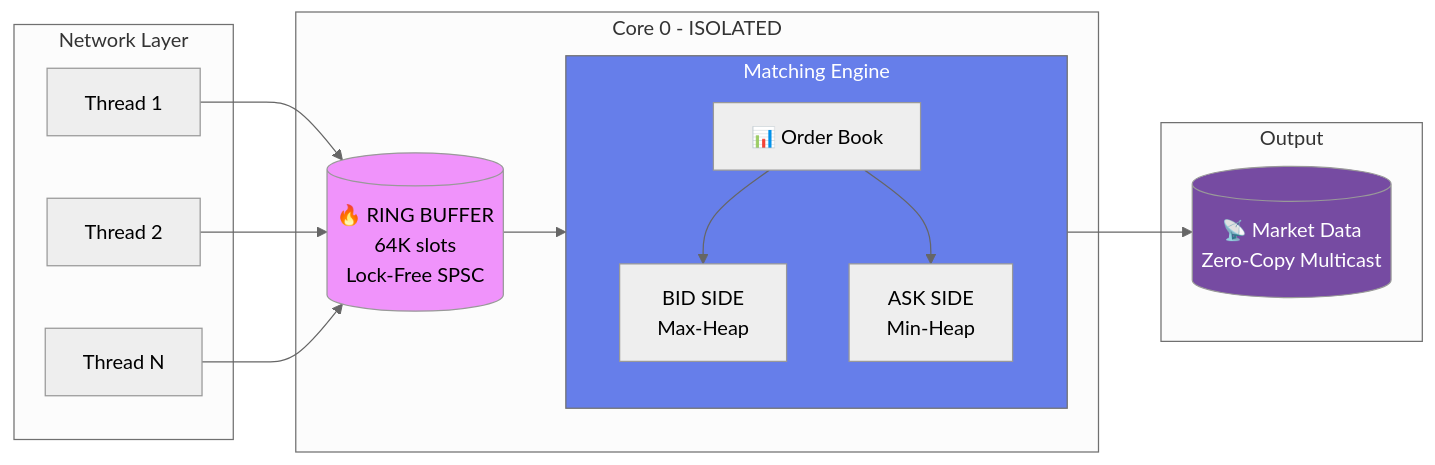
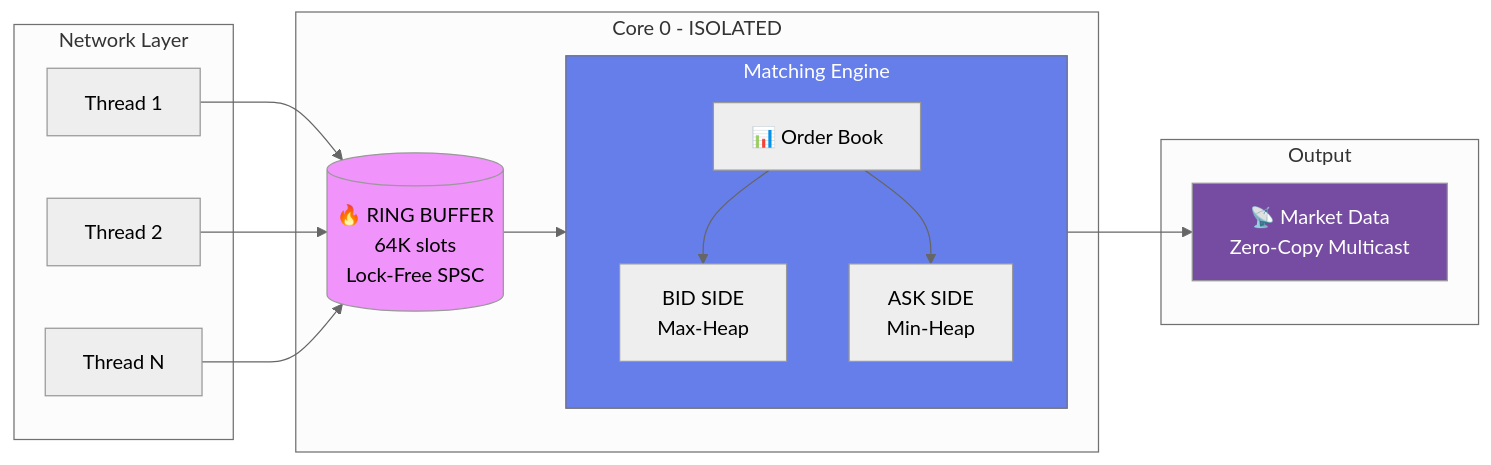
One commit to DevWizard-Vandan/DevWizard-Vandan changed the second of 2 diagrams in README.md. Above: the diagram before and after it, drawn with Mermaid (neutral theme). The commit also changed other lines of this file, not shown here.

````diff
--- a/README.md
+++ b/README.md
@@ -298,33 +304,33 @@
 ```mermaid
 flowchart LR
     subgraph Network["Network Layer"]
         N1[Thread 1]
         N2[Thread 2]
         N3[Thread N]
     end
     
     subgraph Core["Core 0 - ISOLATED"]
         RB[("🔥 RING BUFFER\n64K slots\nLock-Free SPSC")]
         
         subgraph ME["Matching Engine"]
             LOB["📊 Order Book"]
             BID["BID SIDE\nMax-Heap"]
             ASK["ASK SIDE\nMin-Heap"]
             LOB --> BID
             LOB --> ASK
         end
         
         RB --> ME
     end
     
     subgraph Output["Output"]
-        MD[("📡 Market Data\nZero-Copy Multicast")]
+        MD["📡 Market Data\nZero-Copy Multicast"]
     end
     
     N1 & N2 & N3 --> RB
     ME --> MD
     
     style RB fill:#f093fb,color:#000
     style ME fill:#667eea,color:#fff
     style MD fill:#764ba2,color:#fff
 ```
````
